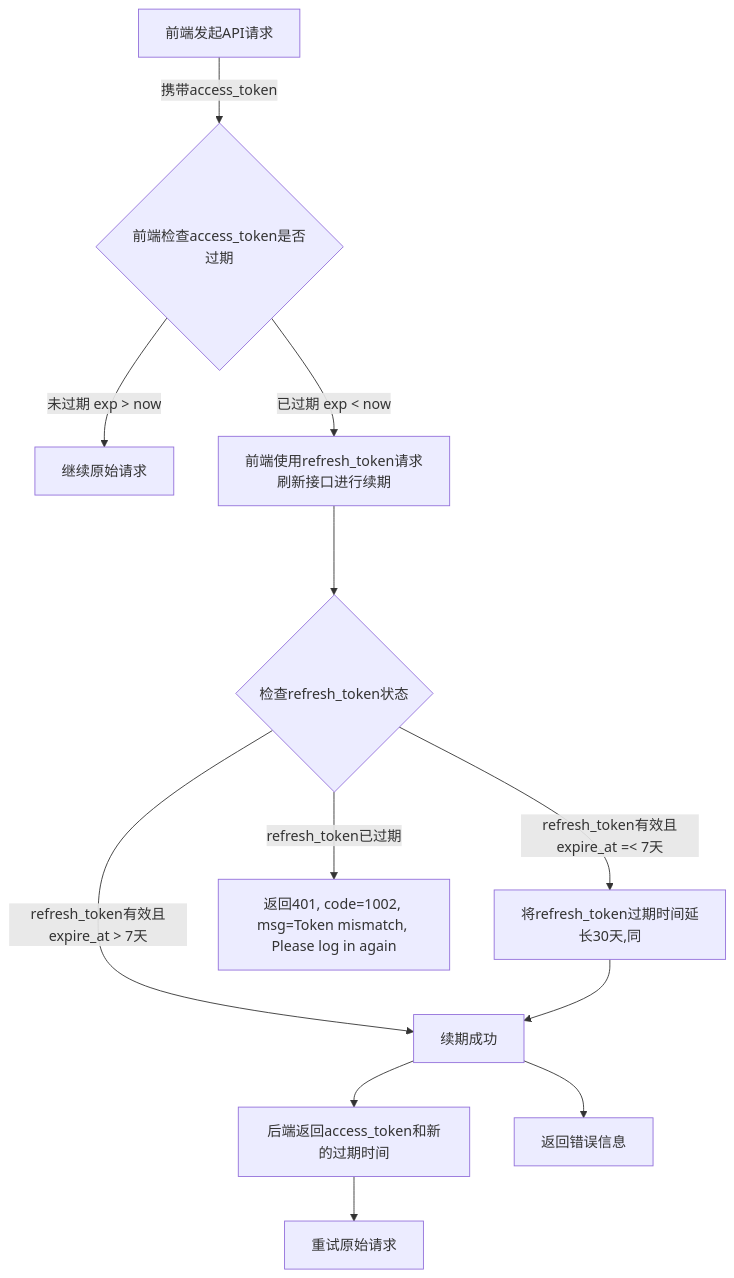
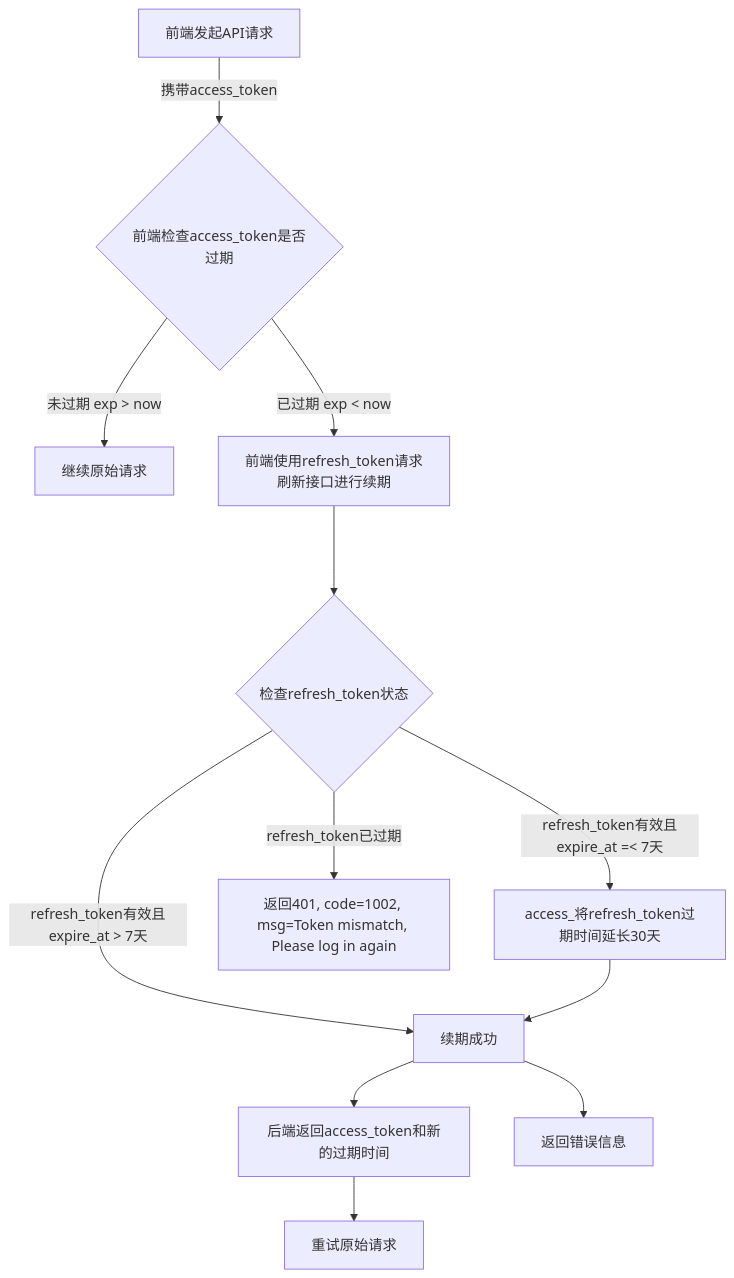
One commit to yingjianzh/iodraw-files changed the diagram in all/openAPI-17.md. Above: the diagram before and after it, drawn with Mermaid.

Commit message:
2025-01-08 18:17:26 update

````diff
--- a/all/openAPI-17.md
+++ b/all/openAPI-17.md
@@ -1,15 +1,15 @@
 ```mermaid
 flowchart TD
     A[前端发起API请求] -->|携带access_token| B{前端检查access_token是否过期}
     B -->|未过期 exp > now| C[继续原始请求]
     B -->|已过期 exp < now| D[前端使用refresh_token请求刷新接口进行续期]
     D ---> L{检查refresh_token状态}
-    L -->|refresh_token有效且expire_at =< 7天| E[将refresh_token过期时间延长30天,同]
+    L -->|refresh_token有效且expire_at =< 7天| E[access_将refresh_token过期时间延长30天]
     L -->|refresh_token已过期| F[返回401, code=1002, msg=Token mismatch, Please log in again]
     L -->|refresh_token有效且expire_at > 7天 | G[续期成功]
     G -->H[后端返回access_token和新的过期时间]
     G -->I[返回错误信息]
     H --> J[重试原始请求]
     E --> G
 
 ```
````
